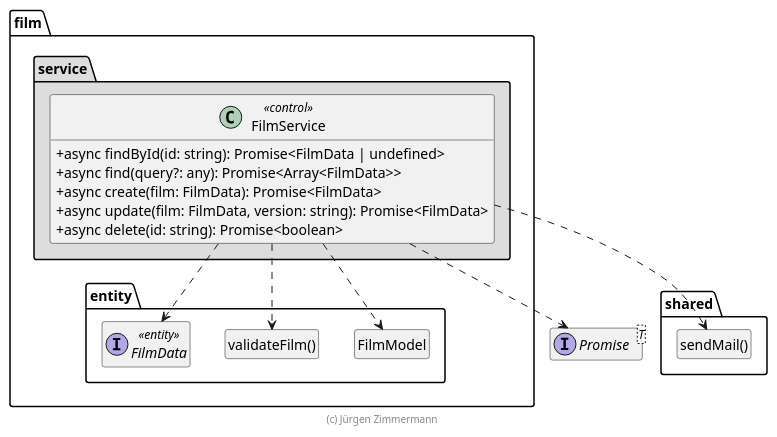
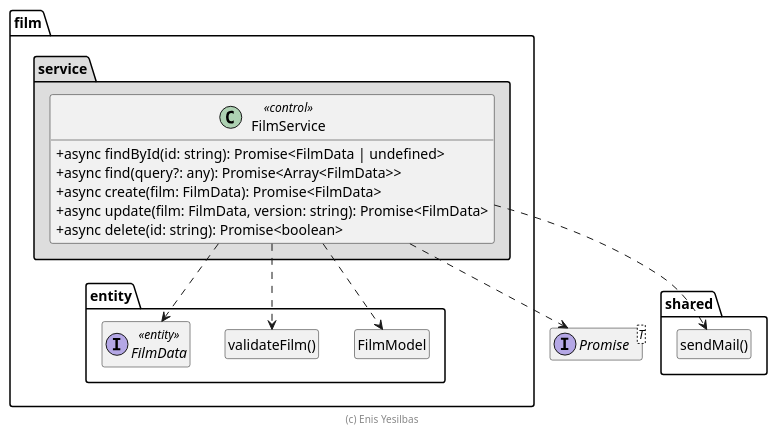
The diagram in doc/entwicklerhandbuch/FilmService.puml (tanermemili/ss21_swe_grp5_abgabe1-1), drawn with PlantUML before and after one commit. The commit also changed other lines of this file and 4 other files, not shown here.

Commit message:
Verbessern der PlantUML-Diagramme und leichte Korrekturen

```diff
--- a/doc/entwicklerhandbuch/FilmService.puml
+++ b/doc/entwicklerhandbuch/FilmService.puml
@@ -15,46 +2,46 @@
 @startuml Anwendungskern
 
 !pragma useNewPackage
 skinparam classAttributeIconSize 0
 skinparam componentStyle uml2
 
 interface Promise<T>
 
 package shared {
   class "sendMail()" as sendMail
   hide sendMail circle
 }
 
 package film {
   package entity {
     class FilmModel
     hide FilmModel circle
 
     class "validateFilm()" as validateFilm
     hide validateFilm circle
 
     interface FilmData <<entity>>
   }
 
   package service #DDDDDD {
     FilmService ..> Promise
     FilmService ..> FilmModel
     FilmService ..> FilmData
     FilmService ..> validateFilm
     FilmService ..> sendMail
 
     class FilmService << control >> {
       + async findById(id: string): Promise<FilmData | undefined>
       + async find(query?: any): Promise<Array<FilmData>>
       + async create(film: FilmData): Promise<FilmData>
       + async update(film: FilmData, version: string): Promise<FilmData>
       + async delete(id: string): Promise<boolean>
     }
   }
 }
 
 hide empty members
 
-footer (c) Jürgen Zimmermann
+footer (c) Enis Yesilbas
 
 @enduml
```
